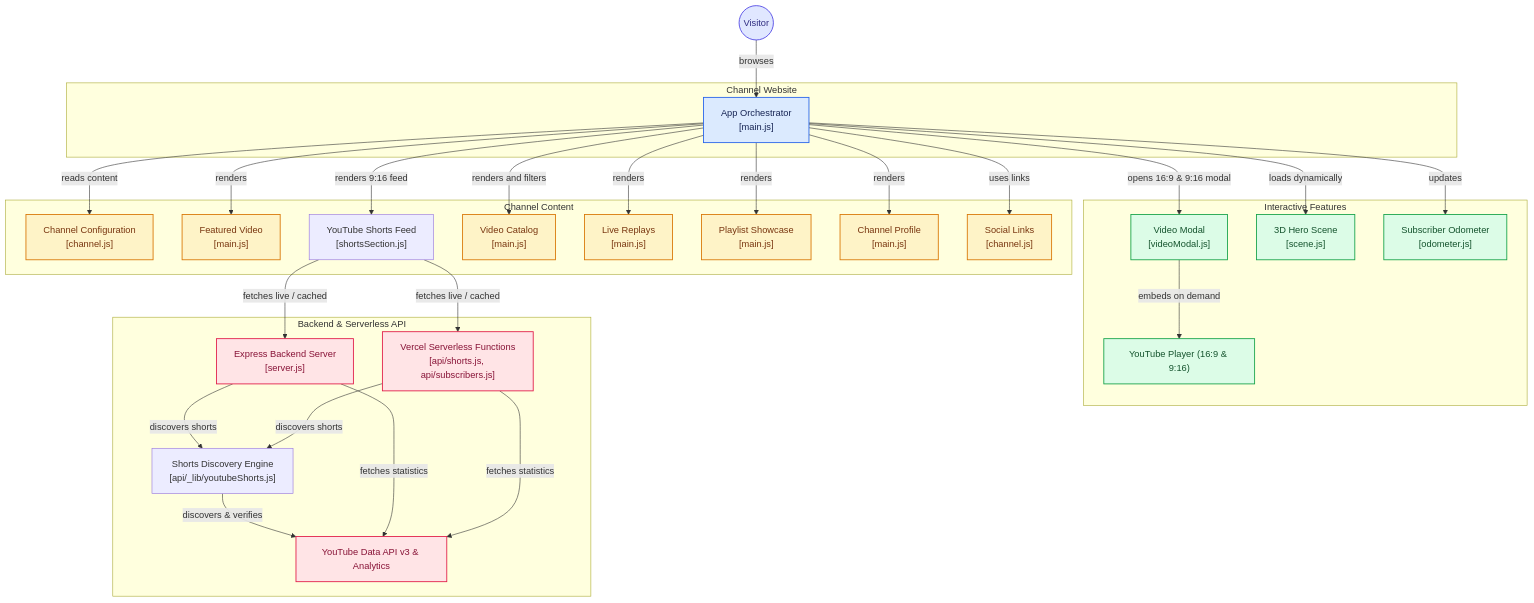
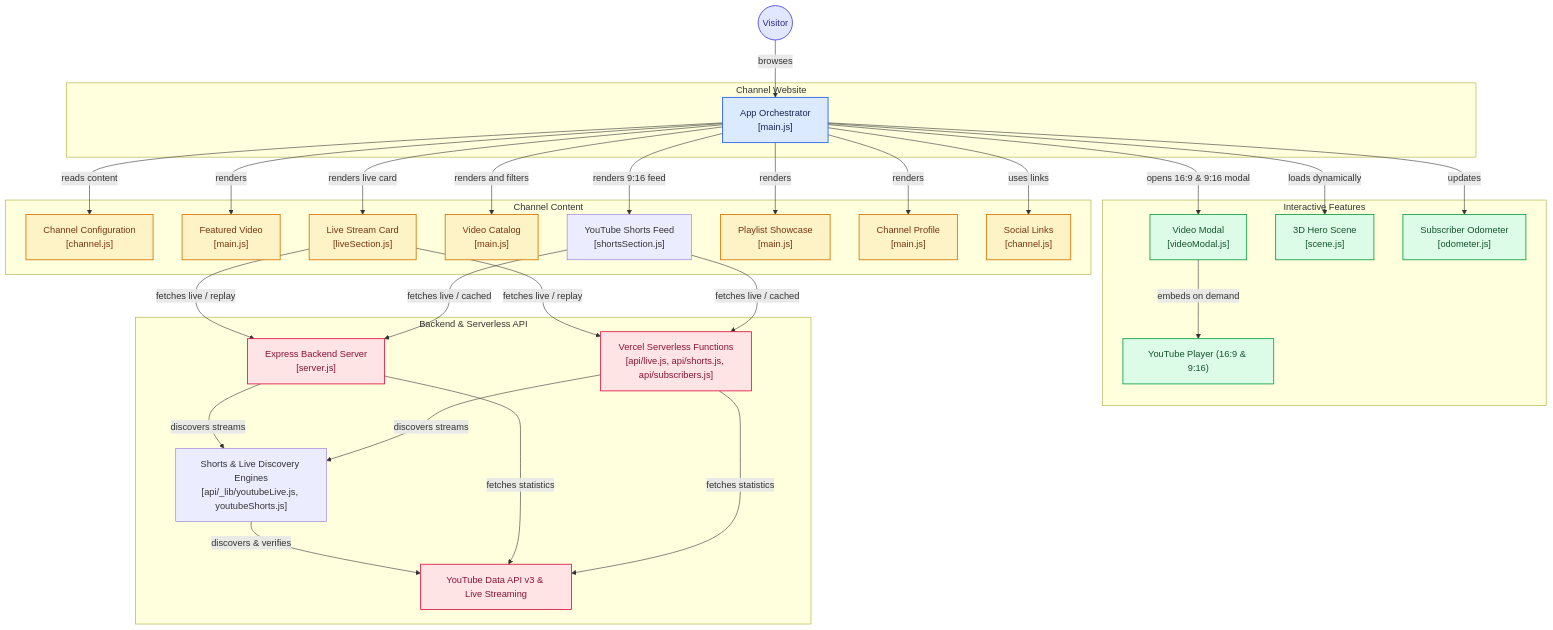
The diagram in README.md (Abhiyukth-vlogs/abhiyukth.github.io), drawn with Mermaid before and after one commit. The commit also changed other lines of this file and 14 other files, not shown here.

```diff
--- a/README.md
+++ b/README.md
@@ -18,7 +18,7 @@
   node_featured["Featured Video<br/>[main.js]"]
   node_shorts["YouTube Shorts Feed<br/>[shortsSection.js]"]
   node_catalog["Video Catalog<br/>[main.js]"]
-  node_live["Live Replays<br/>[main.js]"]
+  node_live["Live Stream Card<br/>[liveSection.js]"]
   node_playlists["Playlist Showcase<br/>[main.js]"]
   node_profile["Channel Profile<br/>[main.js]"]
   node_social["Social Links<br/>[channel.js]"]
@@ -33,9 +33,9 @@
 
 subgraph group_stats["Backend & Serverless API"]
   node_express["Express Backend Server<br/>[server.js]"]
-  node_vercel["Vercel Serverless Functions<br/>[api/shorts.js, api/subscribers.js]"]
-  node_shorts_svc["Shorts Discovery Engine<br/>[api/_lib/youtubeShorts.js]"]
-  node_youtube_api["YouTube Data API v3 & Analytics"]
+  node_vercel["Vercel Serverless Functions<br/>[api/live.js, api/shorts.js, api/subscribers.js]"]
+  node_shorts_svc["Shorts & Live Discovery Engines<br/>[api/_lib/youtubeLive.js, youtubeShorts.js]"]
+  node_youtube_api["YouTube Data API v3 & Live Streaming"]
 end
 
 node_visitor(("Visitor"))
@@ -45,18 +45,20 @@
 node_app -->|"renders"| node_featured
 node_app -->|"renders 9:16 feed"| node_shorts
 node_app -->|"renders and filters"| node_catalog
-node_app -->|"renders"| node_live
+node_app -->|"renders live card"| node_live
 node_app -->|"renders"| node_playlists
 node_app -->|"renders"| node_profile
 node_app -->|"uses links"| node_social
+node_live -->|"fetches live / replay"| node_express
+node_live -->|"fetches live / replay"| node_vercel
 node_shorts -->|"fetches live / cached"| node_express
 node_shorts -->|"fetches live / cached"| node_vercel
 node_app -->|"opens 16:9 & 9:16 modal"| node_modal
 node_modal -->|"embeds on demand"| node_youtube
 node_app -->|"loads dynamically"| node_hero
 node_app -->|"updates"| node_odometer
-node_express -->|"discovers shorts"| node_shorts_svc
-node_vercel -->|"discovers shorts"| node_shorts_svc
+node_express -->|"discovers streams"| node_shorts_svc
+node_vercel -->|"discovers streams"| node_shorts_svc
 node_shorts_svc -->|"discovers & verifies"| node_youtube_api
 node_express -->|"fetches statistics"| node_youtube_api
 node_vercel -->|"fetches statistics"| node_youtube_api
```
